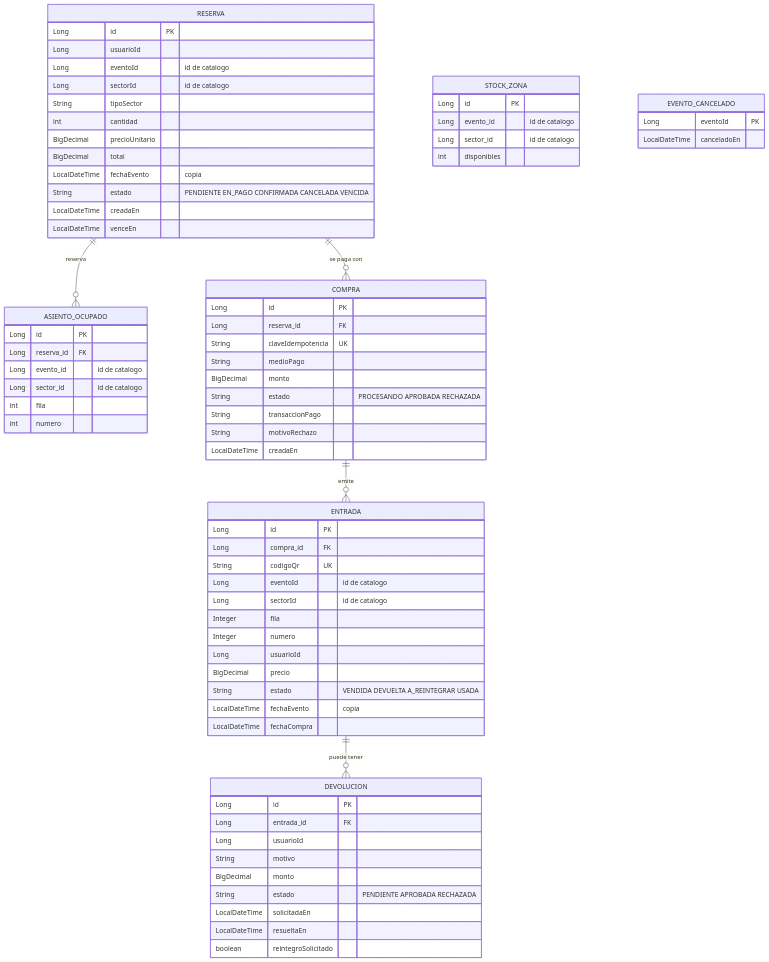
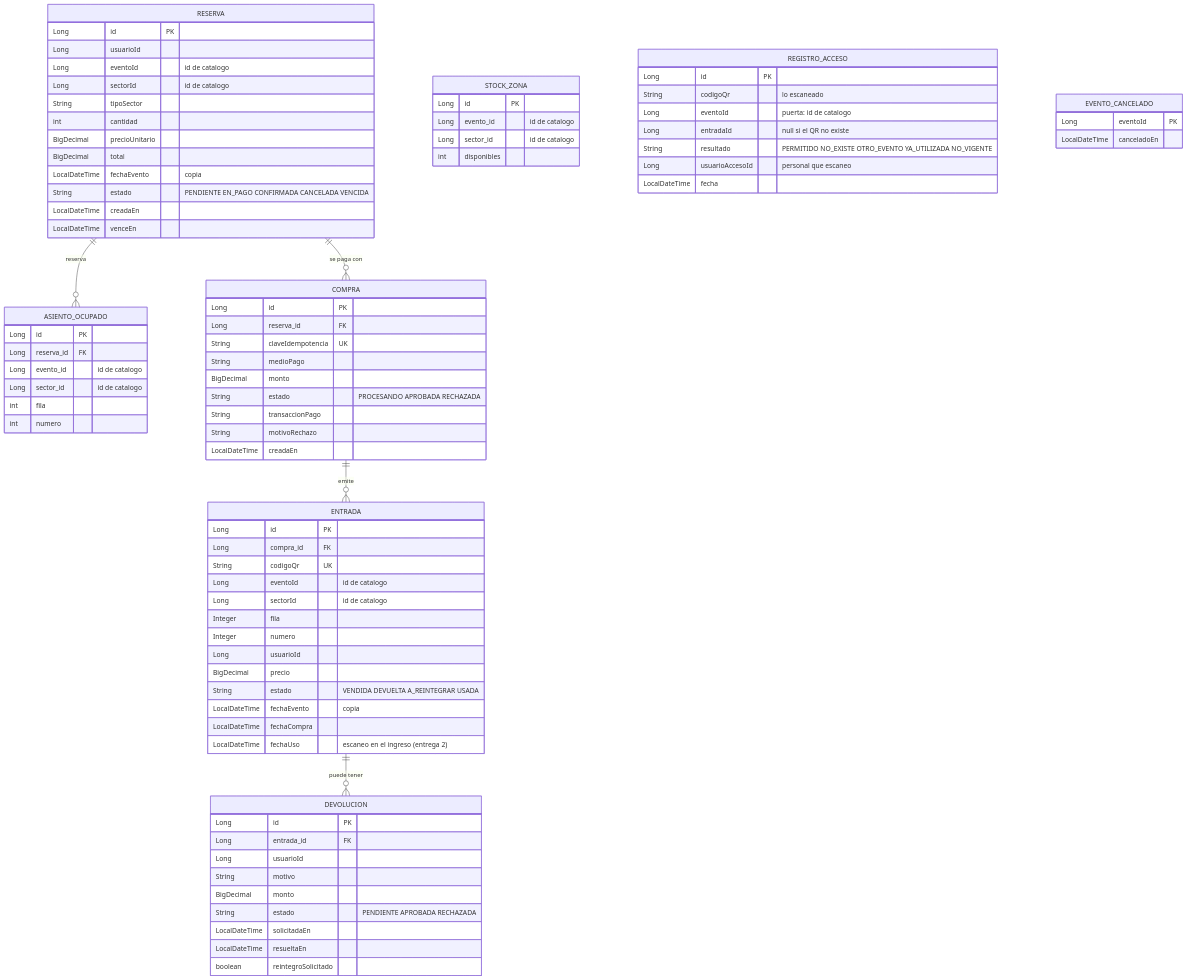
One commit to JonathanUgarte/Arquitecturas-Web-Grupo2 changed the second of 3 diagrams in EntregasTpEspecial/docs/04-modelo-de-datos.md. Above: the diagram before and after it, drawn with Mermaid. The commit also changed other lines of this file and 35 other files, not shown here.

```diff
--- a/EntregasTpEspecial/docs/04-modelo-de-datos.md
+++ b/EntregasTpEspecial/docs/04-modelo-de-datos.md
@@ -116,6 +118,16 @@
         String estado "VENDIDA DEVUELTA A_REINTEGRAR USADA"
         LocalDateTime fechaEvento "copia"
         LocalDateTime fechaCompra
+        LocalDateTime fechaUso "escaneo en el ingreso (entrega 2)"
+    }
+    REGISTRO_ACCESO {
+        Long id PK
+        String codigoQr "lo escaneado"
+        Long eventoId "puerta: id de catalogo"
+        Long entradaId "null si el QR no existe"
+        String resultado "PERMITIDO NO_EXISTE OTRO_EVENTO YA_UTILIZADA NO_VIGENTE"
+        Long usuarioAccesoId "personal que escaneo"
+        LocalDateTime fecha
     }
     DEVOLUCION {
         Long id PK
```
